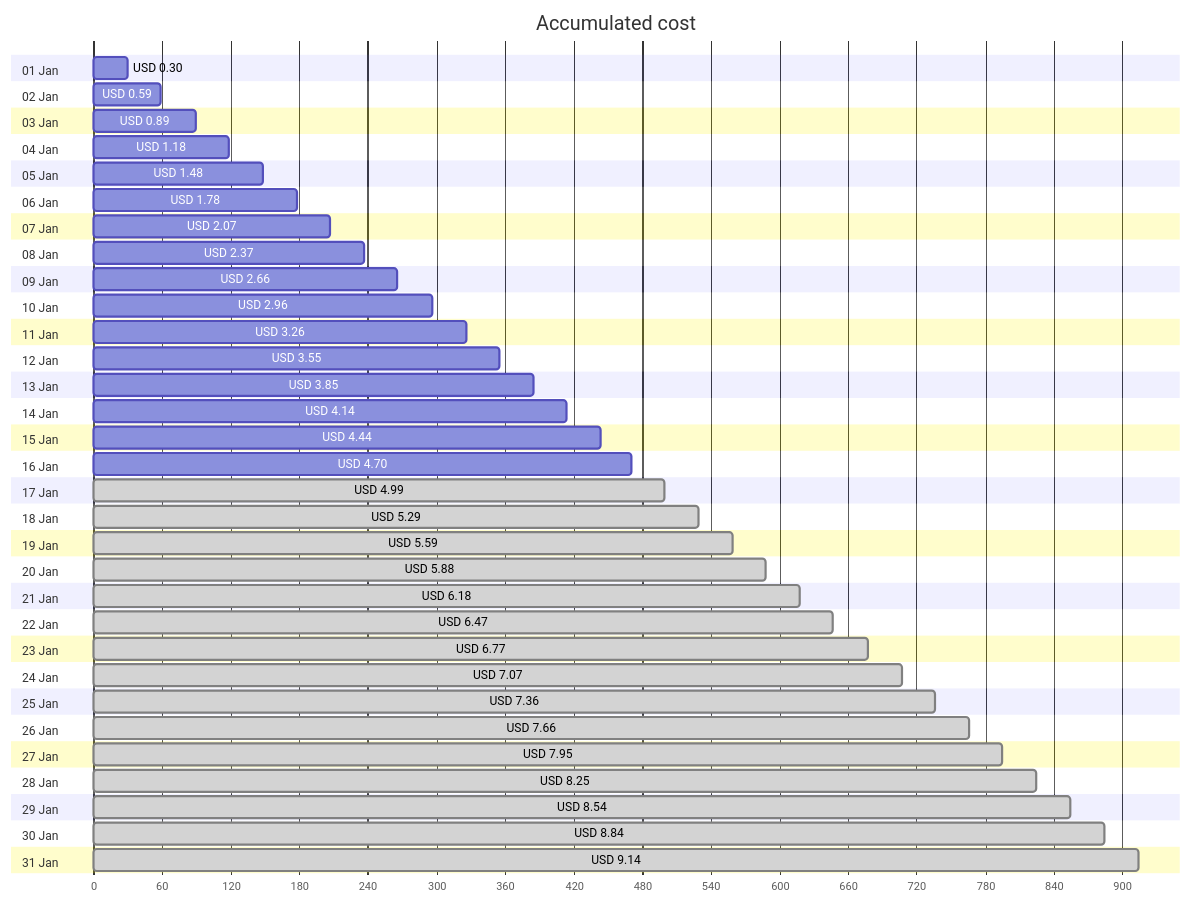
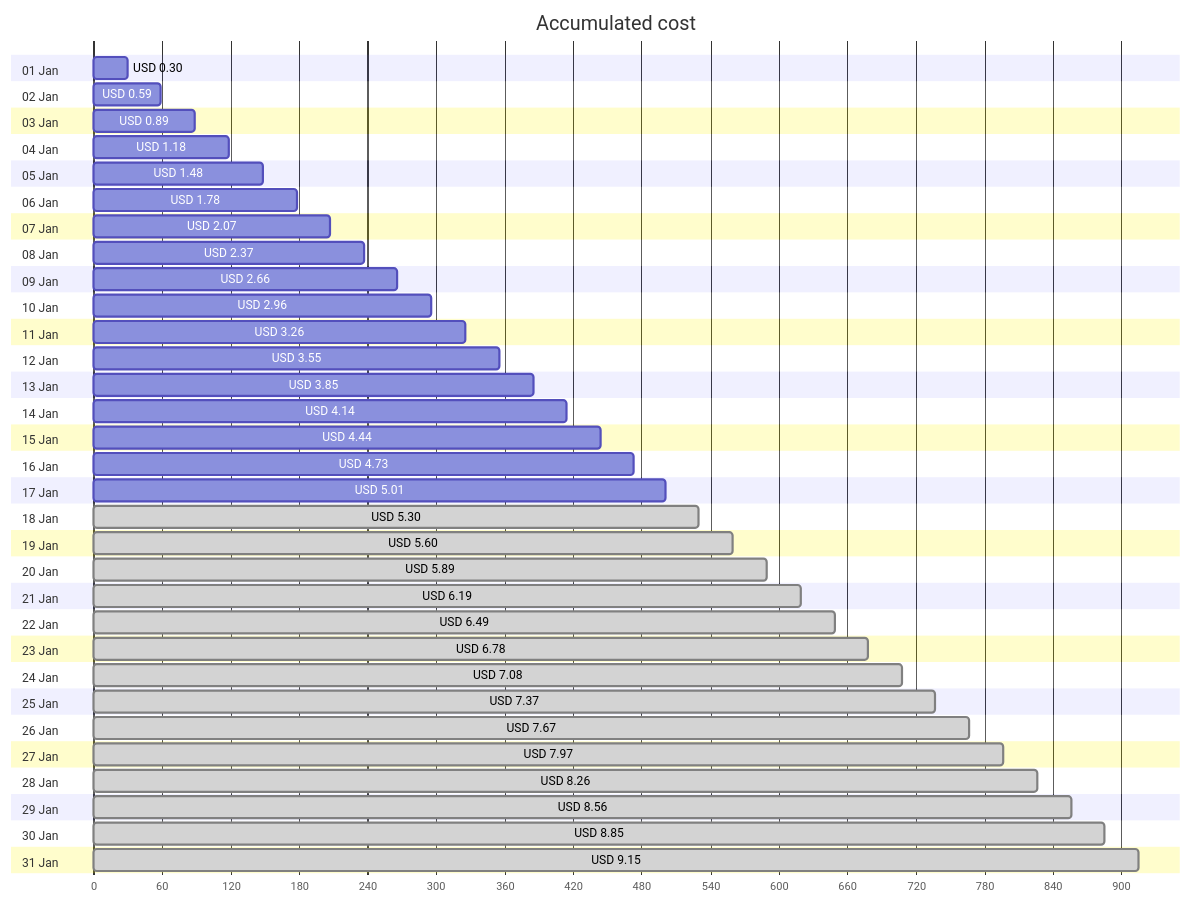
Before and after one commit to jpfulton/azure-personal-reports: the first of 4 diagrams in cost-reports/personal-site/personal-site-preview.md, drawn with Mermaid. The commit also changed other lines of this file and 6 other files, not shown here.

````diff
--- a/cost-reports/personal-site/personal-site-preview.md
+++ b/cost-reports/personal-site/personal-site-preview.md
@@ -20,68 +20,68 @@
 ```mermaid
 gantt
    title Accumulated cost
    dateFormat  X
    axisFormat %s
    section 01 Jan
    USD 0.30 :0, 30
    section 02 Jan
    USD 0.59 :0, 59
    section 03 Jan
    USD 0.89 :0, 89
    section 04 Jan
    USD 1.18 :0, 118
    section 05 Jan
    USD 1.48 :0, 148
    section 06 Jan
    USD 1.78 :0, 178
    section 07 Jan
    USD 2.07 :0, 207
    section 08 Jan
    USD 2.37 :0, 237
    section 09 Jan
    USD 2.66 :0, 266
    section 10 Jan
    USD 2.96 :0, 296
    section 11 Jan
    USD 3.26 :0, 326
    section 12 Jan
    USD 3.55 :0, 355
    section 13 Jan
    USD 3.85 :0, 385
    section 14 Jan
    USD 4.14 :0, 414
    section 15 Jan
    USD 4.44 :0, 444
    section 16 Jan
-   USD 4.70 :0, 470
+   USD 4.73 :0, 473
    section 17 Jan
-   USD 4.99 : done, 0, 499
+   USD 5.01 :0, 501
    section 18 Jan
-   USD 5.29 : done, 0, 529
+   USD 5.30 : done, 0, 530
    section 19 Jan
-   USD 5.59 : done, 0, 559
+   USD 5.60 : done, 0, 560
    section 20 Jan
-   USD 5.88 : done, 0, 588
+   USD 5.89 : done, 0, 589
    section 21 Jan
-   USD 6.18 : done, 0, 618
+   USD 6.19 : done, 0, 619
    section 22 Jan
-   USD 6.47 : done, 0, 647
+   USD 6.49 : done, 0, 649
    section 23 Jan
-   USD 6.77 : done, 0, 677
+   USD 6.78 : done, 0, 678
    section 24 Jan
-   USD 7.07 : done, 0, 707
+   USD 7.08 : done, 0, 708
    section 25 Jan
-   USD 7.36 : done, 0, 736
+   USD 7.37 : done, 0, 737
    section 26 Jan
-   USD 7.66 : done, 0, 766
+   USD 7.67 : done, 0, 767
    section 27 Jan
-   USD 7.95 : done, 0, 795
+   USD 7.97 : done, 0, 797
    section 28 Jan
-   USD 8.25 : done, 0, 825
+   USD 8.26 : done, 0, 826
    section 29 Jan
-   USD 8.54 : done, 0, 854
+   USD 8.56 : done, 0, 856
    section 30 Jan
-   USD 8.84 : done, 0, 884
+   USD 8.85 : done, 0, 885
    section 31 Jan
-   USD 9.14 : done, 0, 914
+   USD 9.15 : done, 0, 915
 ```
````
